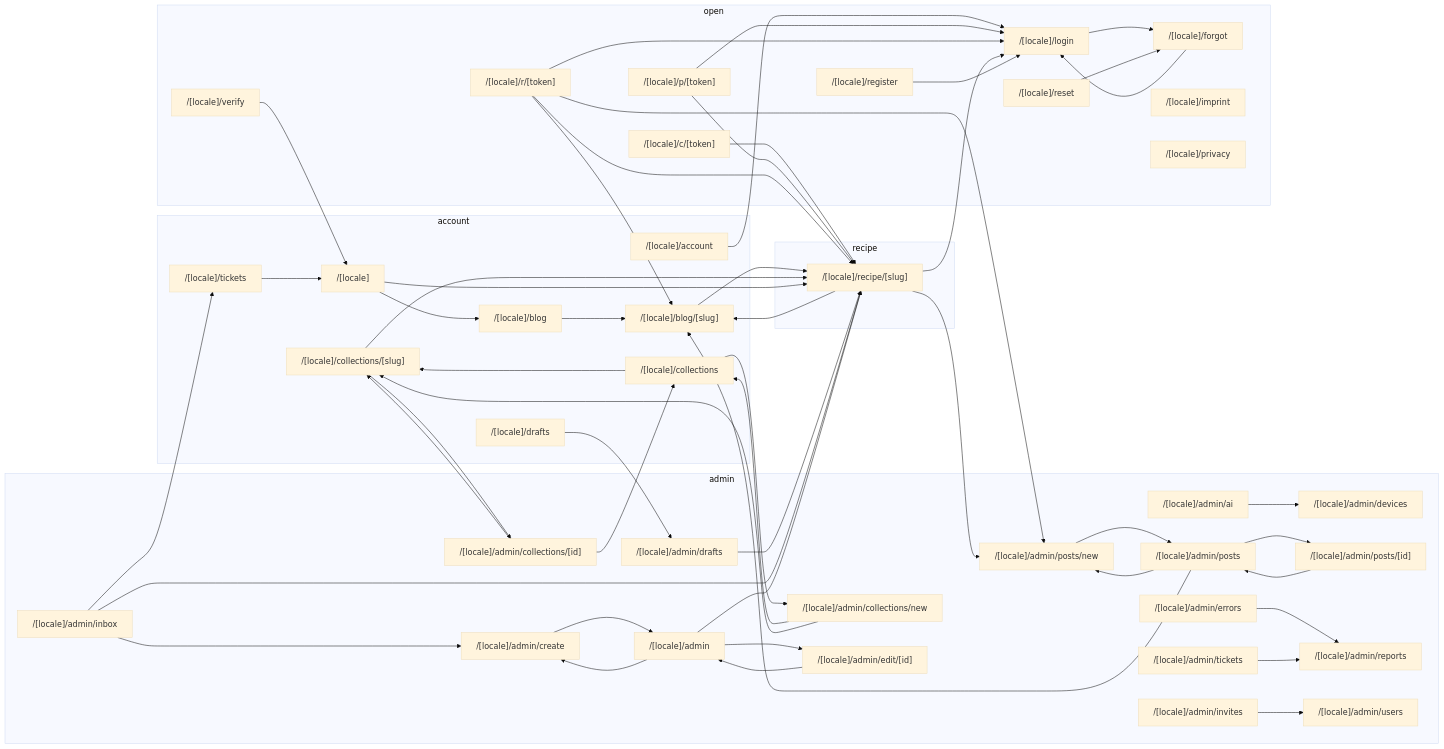
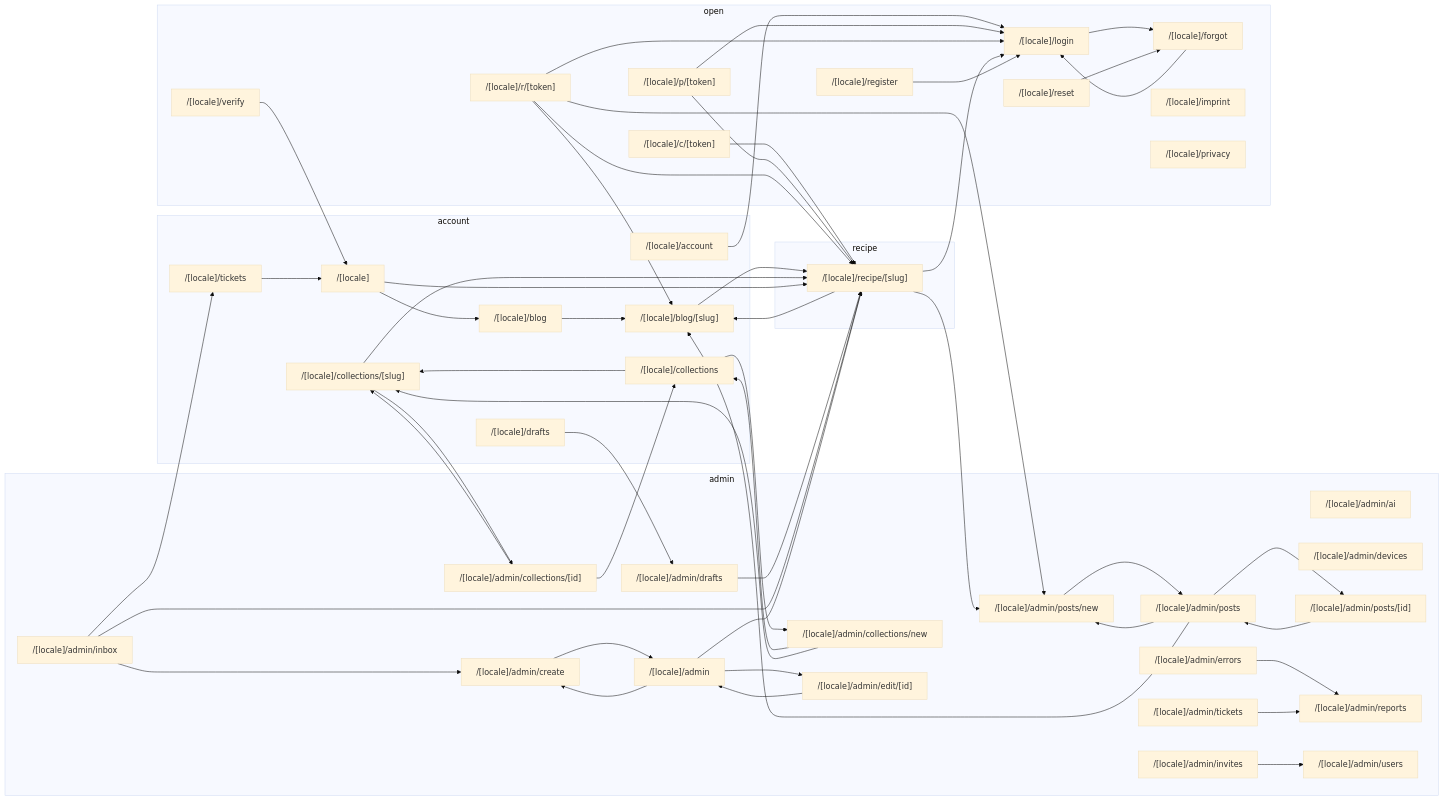
Before and after one commit to morischumacher/moscookbook: the first of 2 diagrams in docs/interaction-map.generated.md, drawn with Mermaid (base theme). The commit also changed other lines of this file and 2 other files, not shown here.

```diff
--- a/docs/interaction-map.generated.md
+++ b/docs/interaction-map.generated.md
@@ -188,7 +188,6 @@
     n__locale__recipe__slug_["/[locale]/recipe/[slug]"]
   end
   n__locale__account --> n__locale__login
-  n__locale__admin_ai --> n__locale__admin_devices
   n__locale__admin_collections__id_ --> n__locale__collections
   n__locale__admin_collections__id_ --> n__locale__collections__slug_
   n__locale__admin_collections_new --> n__locale__collections
```
